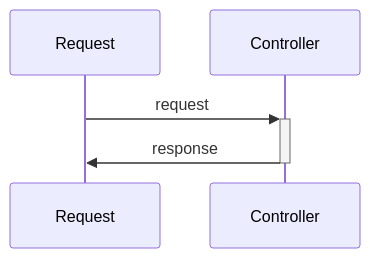
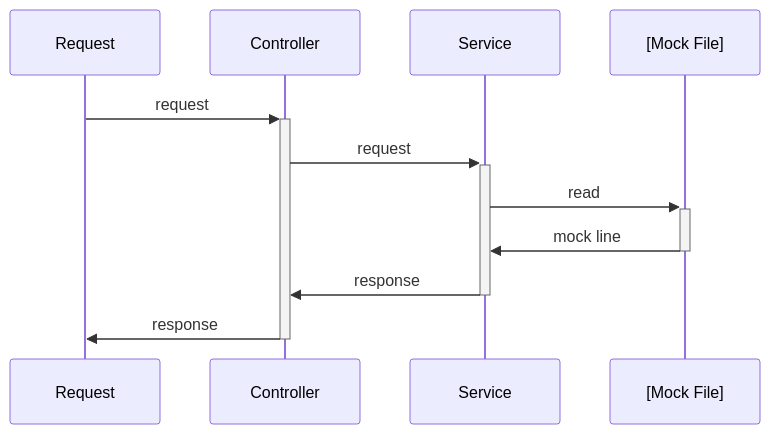
The diagram in README.md (vinicinbgs/http-mock-server), drawn with Mermaid before and after one commit. The commit also changed other lines of this file and 12 other files, not shown here.

````diff
--- a/README.md
+++ b/README.md
@@ -55,5 +82,9 @@
 ```mermaid
 sequenceDiagram
     Request->>+Controller: request
+    Controller->>+Service: request
+    Service->>+[Mock File]: read
+    [Mock File]->>-Service: mock line
+    Service->>-Controller: response
     Controller->>-Request: response
 ```
````
